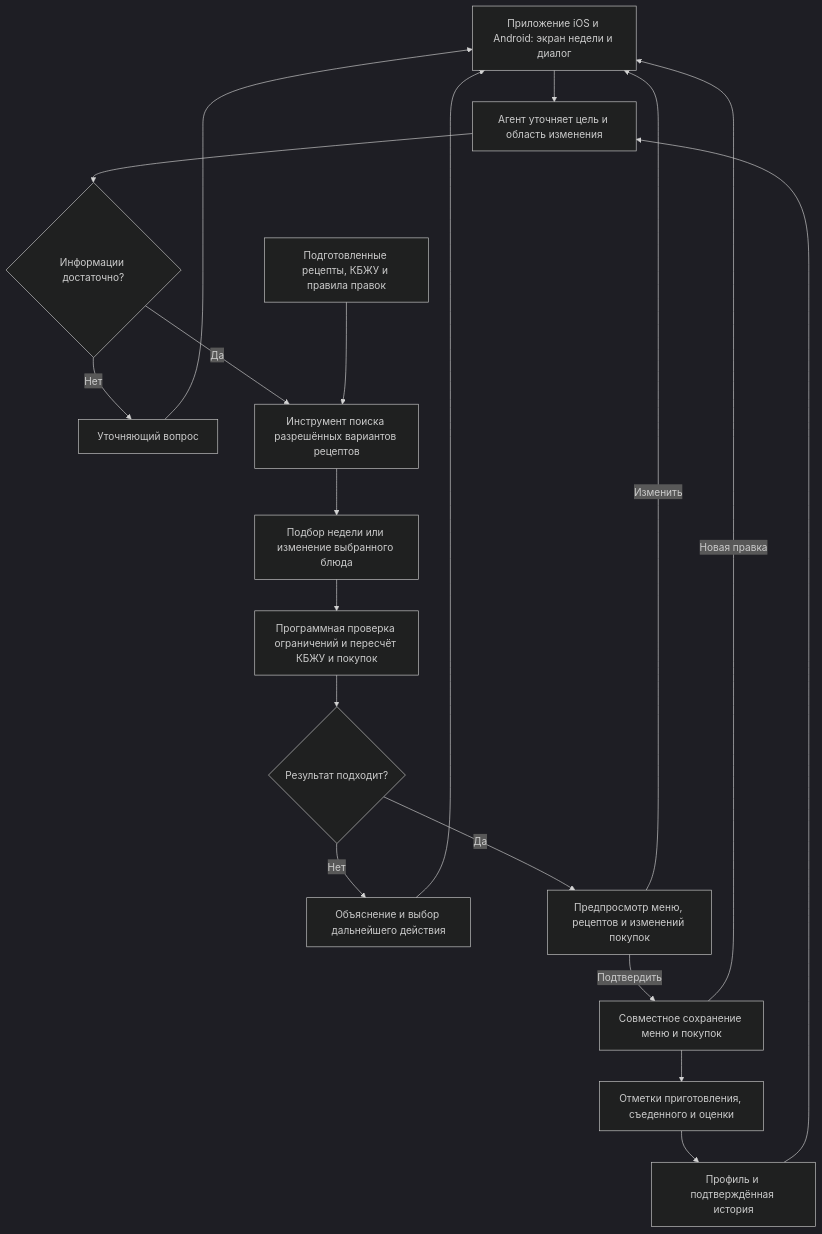
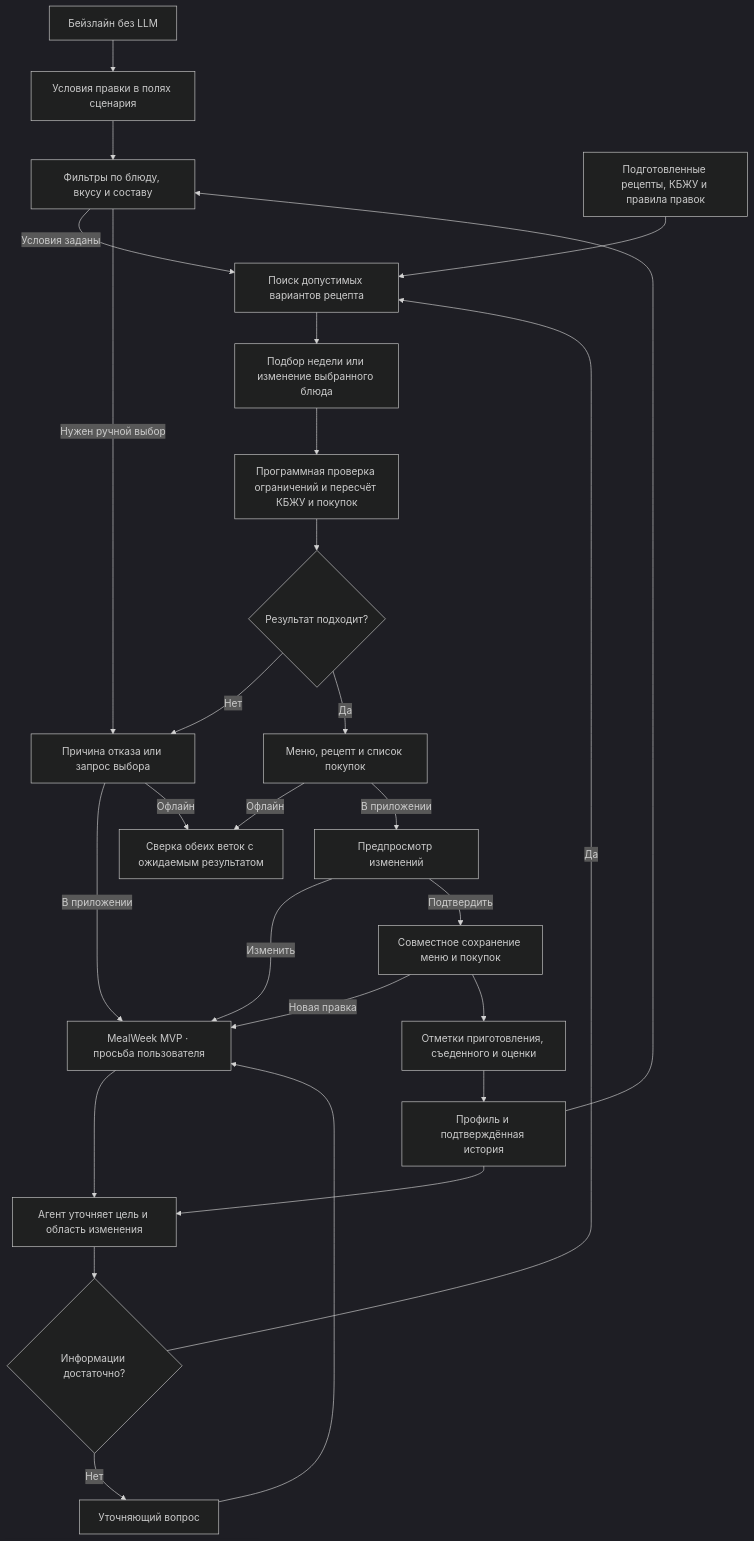
The diagram in docs/ml_system_design_doc.md (daviondk/meal-week), drawn with Mermaid (dark theme) before and after one commit. The commit also changed other lines of this file, not shown here.

Commit message:
Define MealWeek pilot and baseline for taste-driven recipe edits

````diff
--- a/docs/ml_system_design_doc.md
+++ b/docs/ml_system_design_doc.md
@@ -133,21 +157,29 @@
 ```mermaid
 flowchart TD
-    A[Приложение iOS и Android: экран недели и диалог] --> B[Агент уточняет цель и область изменения]
+    S[Бейзлайн без LLM] --> X[Условия правки в полях сценария]
+    X --> Y[Фильтры по блюду, вкусу и составу]
+    P --> Y
+    Y -->|Условия заданы| D
+    Y -->|Нужен ручной выбор| H
+    A[MealWeek MVP · просьба пользователя] --> B[Агент уточняет цель и область изменения]
     P[Профиль и подтверждённая история] --> B
     B --> C{Информации достаточно?}
     C -->|Нет| Q[Уточняющий вопрос]
     Q --> A
-    C -->|Да| D[Инструмент поиска разрешённых вариантов рецептов]
+    C -->|Да| D[Поиск допустимых вариантов рецепта]
     R[Подготовленные рецепты, КБЖУ и правила правок] --> D
     D --> E[Подбор недели или изменение выбранного блюда]
     E --> F[Программная проверка ограничений и пересчёт КБЖУ и покупок]
     F --> G{Результат подходит?}
-    G -->|Нет| H[Объяснение и выбор дальнейшего действия]
-    H --> A
-    G -->|Да| I[Предпросмотр меню, рецептов и изменений покупок]
-    I -->|Изменить| A
-    I -->|Подтвердить| J[Совместное сохранение меню и покупок]
+    G -->|Нет| H[Причина отказа или запрос выбора]
+    H -->|В приложении| A
+    G -->|Да| I[Меню, рецепт и список покупок]
+    I -->|Офлайн| T[Сверка обеих веток с ожидаемым результатом]
+    H -->|Офлайн| T
+    I -->|В приложении| V[Предпросмотр изменений]
+    V -->|Изменить| A
+    V -->|Подтвердить| J[Совместное сохранение меню и покупок]
     J -->|Новая правка| A
     J --> K[Отметки приготовления, съеденного и оценки]
     K --> P
 ```
````
